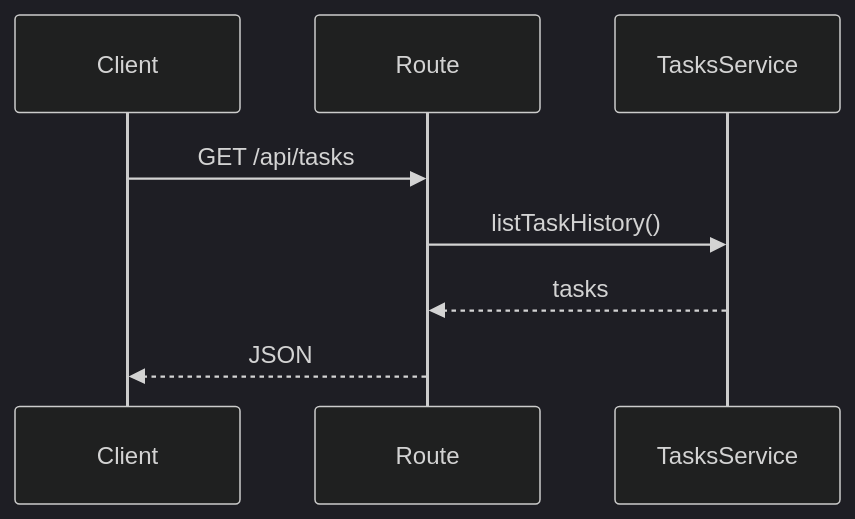
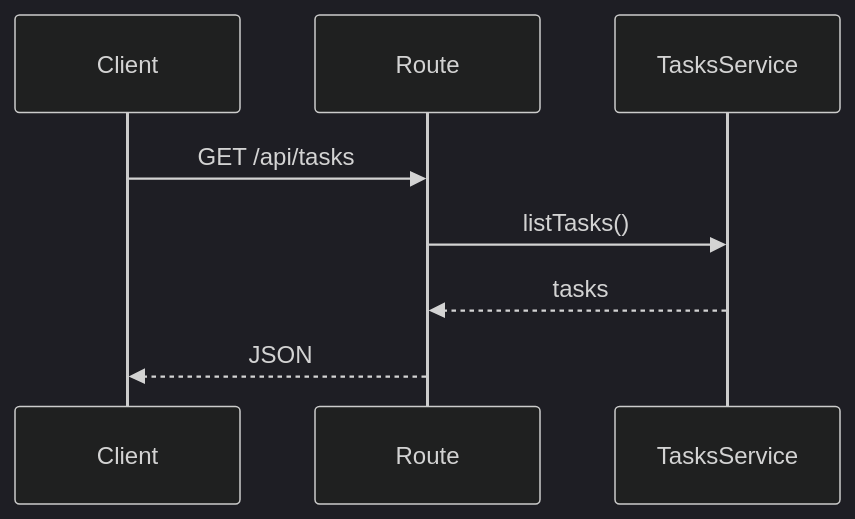
One commit to TurtleStoffel/tektite-console changed the fifth of 8 diagrams in src/backend/domains/tasks/README.md. Above: the diagram before and after it, drawn with Mermaid (dark theme). The commit also changed other lines of this file and 11 other files, not shown here.

Commit message:
Rename Task History to Task

````diff
--- a/src/backend/domains/tasks/README.md
+++ b/src/backend/domains/tasks/README.md
@@ -58,10 +58,10 @@
 ```mermaid
 sequenceDiagram
     participant Client
     participant Route
     participant TasksService
     Client->>Route: GET /api/tasks
-    Route->>TasksService: listTaskHistory()
+    Route->>TasksService: listTasks()
     TasksService-->>Route: tasks
     Route-->>Client: JSON
 ```
````
